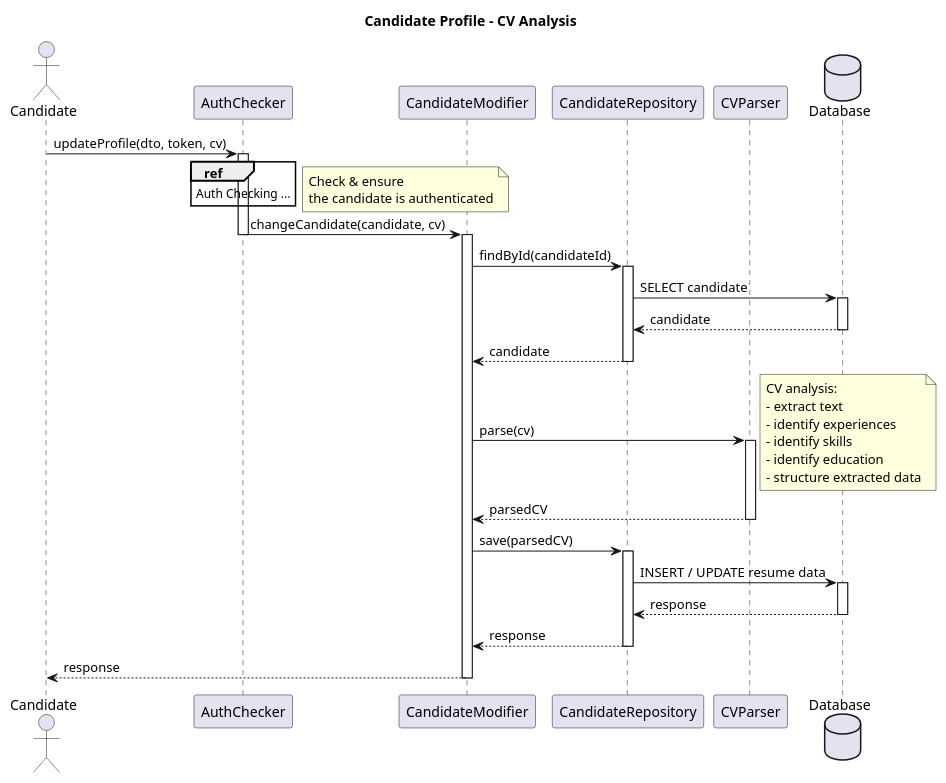
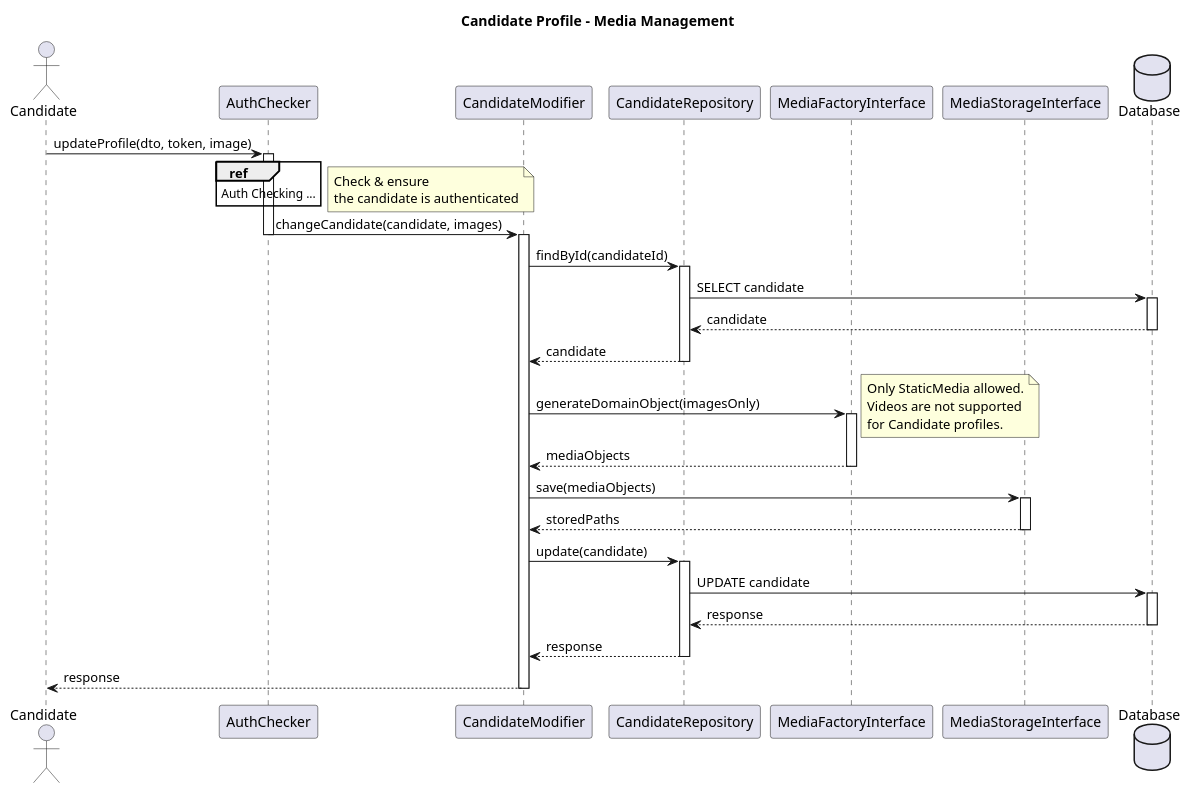
Before and after one commit to Spriggan-Team/HiringForge: the diagram in backend/ressources/modeling/sequences/profil/candidate-profil.puml, drawn with PlantUML. The commit also changed 200 other files, not shown here.

```diff
--- a/backend/ressources/modeling/sequences/profil/candidate-profil.puml
+++ b/backend/ressources/modeling/sequences/profil/candidate-profil.puml
@@ -1,89 +1,97 @@
-@startuml Candidate - CV Analysis
+@startuml
 
-title "Candidate Profile - CV Analysis"
+title "Candidate Profile - Media Management"
 
 actor Candidate
 
 participant AuthChecker
 participant CandidateModifier
 participant CandidateRepository
-participant CVParser
+participant MediaFactoryInterface
+participant MediaStorageInterface
 
 database Database
 
 
-Candidate -> AuthChecker : updateProfile(dto, token, cv)
+Candidate -> AuthChecker : updateProfile(dto, token, image)
 
 ref over AuthChecker
     Auth Checking ...
 end ref
 
 activate AuthChecker
 
 note right
     Check & ensure
     the candidate is authenticated
 end note
 
-AuthChecker -> CandidateModifier : changeCandidate(candidate, cv)
+AuthChecker -> CandidateModifier : changeCandidate(candidate, images)
 deactivate AuthChecker
 
 activate CandidateModifier
 
 
 ' Validate candidate
 CandidateModifier -> CandidateRepository : findById(candidateId)
 
 activate CandidateRepository
 
 CandidateRepository -> Database : SELECT candidate
 
 activate Database
 Database --> CandidateRepository : candidate
 deactivate Database
 
 CandidateRepository --> CandidateModifier : candidate
 
 deactivate CandidateRepository
 
 
-' Parse CV
-CandidateModifier -> CVParser : parse(cv)
+' Create media objects
+CandidateModifier -> MediaFactoryInterface : generateDomainObject(imagesOnly)
 
-activate CVParser
+activate MediaFactoryInterface
 
 note right
-    CV analysis:
-    - extract text
-    - identify experiences
-    - identify skills
-    - identify education
-    - structure extracted data
+    Only StaticMedia allowed.
+    Videos are not supported
+    for Candidate profiles.
 end note
 
-CVParser --> CandidateModifier : parsedCV
+MediaFactoryInterface --> CandidateModifier : mediaObjects
 
-deactivate CVParser
+deactivate MediaFactoryInterface
 
 
-' Save parsed data
-CandidateModifier -> CandidateRepository : save(parsedCV)
+' Store files
+CandidateModifier -> MediaStorageInterface : save(mediaObjects)
+
+activate MediaStorageInterface
+
+MediaStorageInterface --> CandidateModifier : storedPaths
+
+deactivate MediaStorageInterface
+
+
+' Update candidate
+CandidateModifier -> CandidateRepository : update(candidate)
 
 activate CandidateRepository
 
-CandidateRepository -> Database : INSERT / UPDATE resume data
+CandidateRepository -> Database : UPDATE candidate
 
 activate Database
 Database --> CandidateRepository : response
 deactivate Database
 
 CandidateRepository --> CandidateModifier : response
 
 deactivate CandidateRepository
 
 
 CandidateModifier --> Candidate : response
 
 deactivate CandidateModifier
 
 @enduml
```
